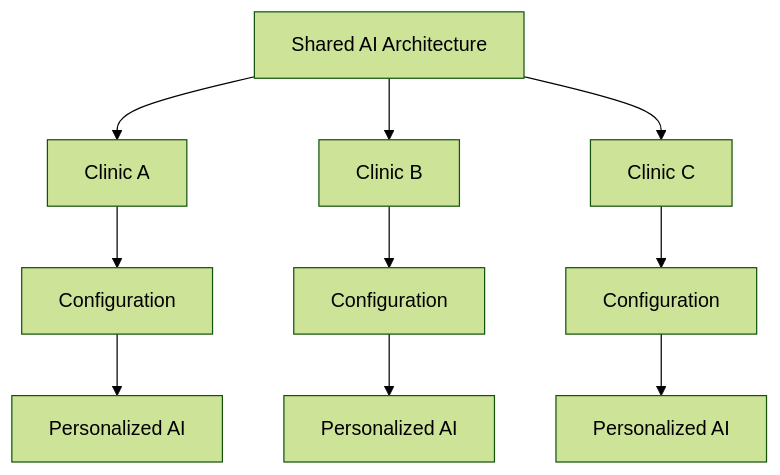
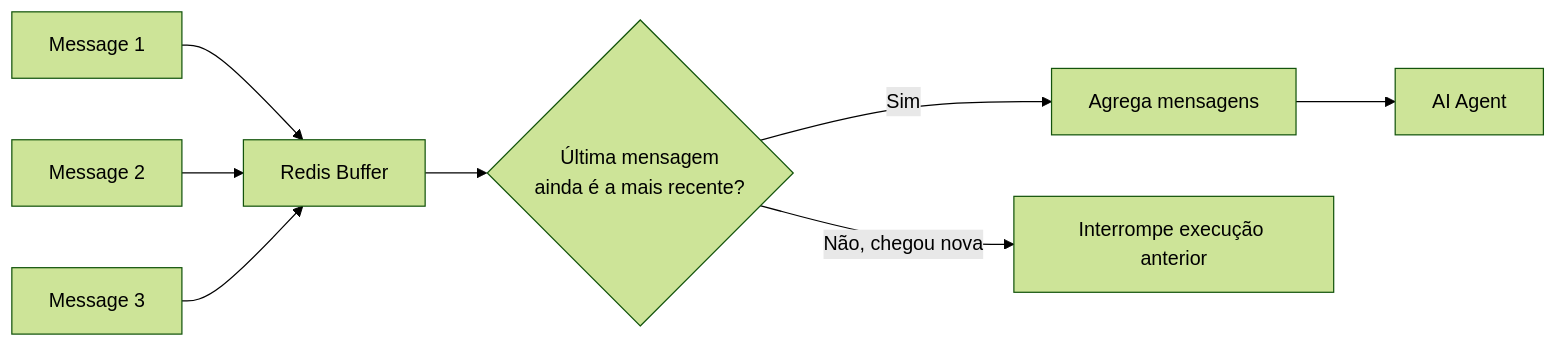
One commit to anthonypereiraa/ai-multi-tenant-system changed the third of 3 diagrams in docs/03-fluxo-de-mensagens.md. Above: the diagram before and after it, drawn with Mermaid (forest theme). The commit also changed other lines of this file, not shown here.

````diff
--- a/docs/03-fluxo-de-mensagens.md
+++ b/docs/03-fluxo-de-mensagens.md
@@ -5,9 +47,10 @@
 ```mermaid
-flowchart TD
-    A[Shared AI Architecture] --> B[Clinic A]
-    A --> C[Clinic B]
-    A --> D[Clinic C]
-    B --> B1[Configuration] --> B2[Personalized AI]
-    C --> C1[Configuration] --> C2[Personalized AI]
-    D --> D1[Configuration] --> D2[Personalized AI]
+flowchart LR
+    M1[Message 1] --> R[Redis Buffer]
+    M2[Message 2] --> R
+    M3[Message 3] --> R
+    R --> WT{Última mensagem<br/>ainda é a mais recente?}
+    WT -->|Sim| AG[Agrega mensagens]
+    WT -->|Não, chegou nova| STOP[Interrompe execução anterior]
+    AG --> AI[AI Agent]
 ```
````
